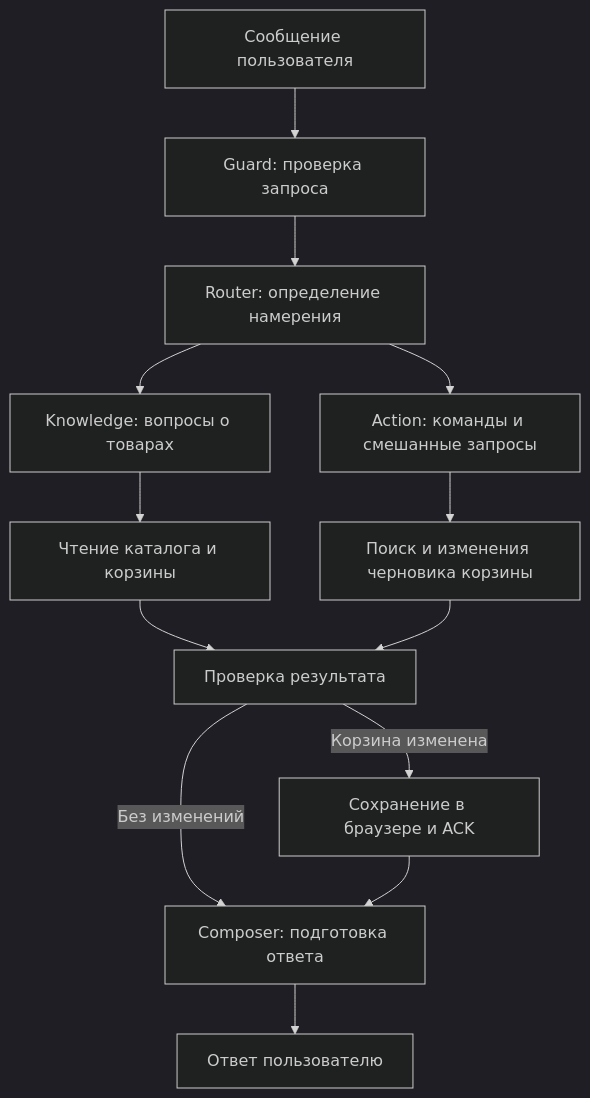
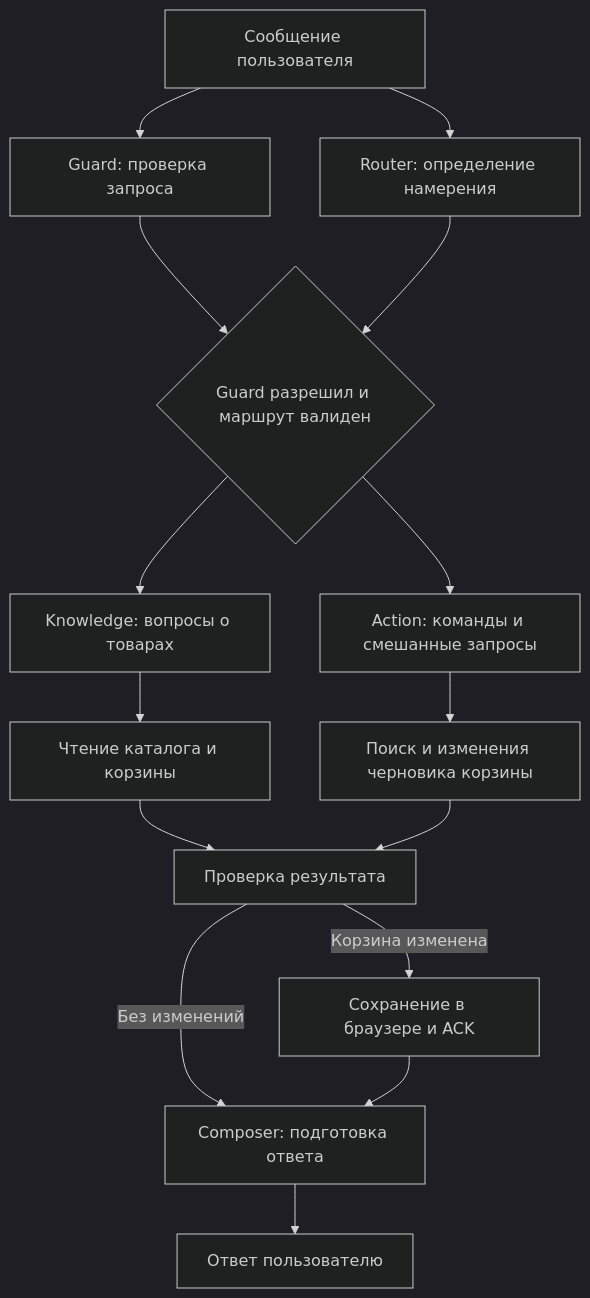
The diagram in README-RU.md (kirill-sotnikov/ai-agent-showcase), drawn with Mermaid (dark theme) before and after one commit. The commit also changed other lines of this file and 11 other files, not shown here.

Commit message:
feat: run guard and router in parallel

````diff
--- a/README-RU.md
+++ b/README-RU.md
@@ -29,15 +29,17 @@
 ```mermaid
 flowchart TD
     Request[Сообщение пользователя] --> Guard[Guard: проверка запроса]
-    Guard --> Router[Router: определение намерения]
-    Router --> Knowledge[Knowledge: вопросы о товарах]
-    Router --> Action[Action: команды и смешанные запросы]
+    Request --> Router[Router: определение намерения]
+    Guard --> Gate{Guard разрешил и маршрут валиден}
+    Router --> Gate
+    Gate --> Knowledge[Knowledge: вопросы о товарах]
+    Gate --> Action[Action: команды и смешанные запросы]
     Knowledge --> ReadTools[Чтение каталога и корзины]
     Action --> CartTools[Поиск и изменения черновика корзины]
     ReadTools --> Validation[Проверка результата]
     CartTools --> Validation
     Validation -->|Без изменений| Composer[Composer: подготовка ответа]
     Validation -->|Корзина изменена| Commit[Сохранение в браузере и ACK]
     Commit --> Composer
     Composer --> Response[Ответ пользователю]
 ```
````
